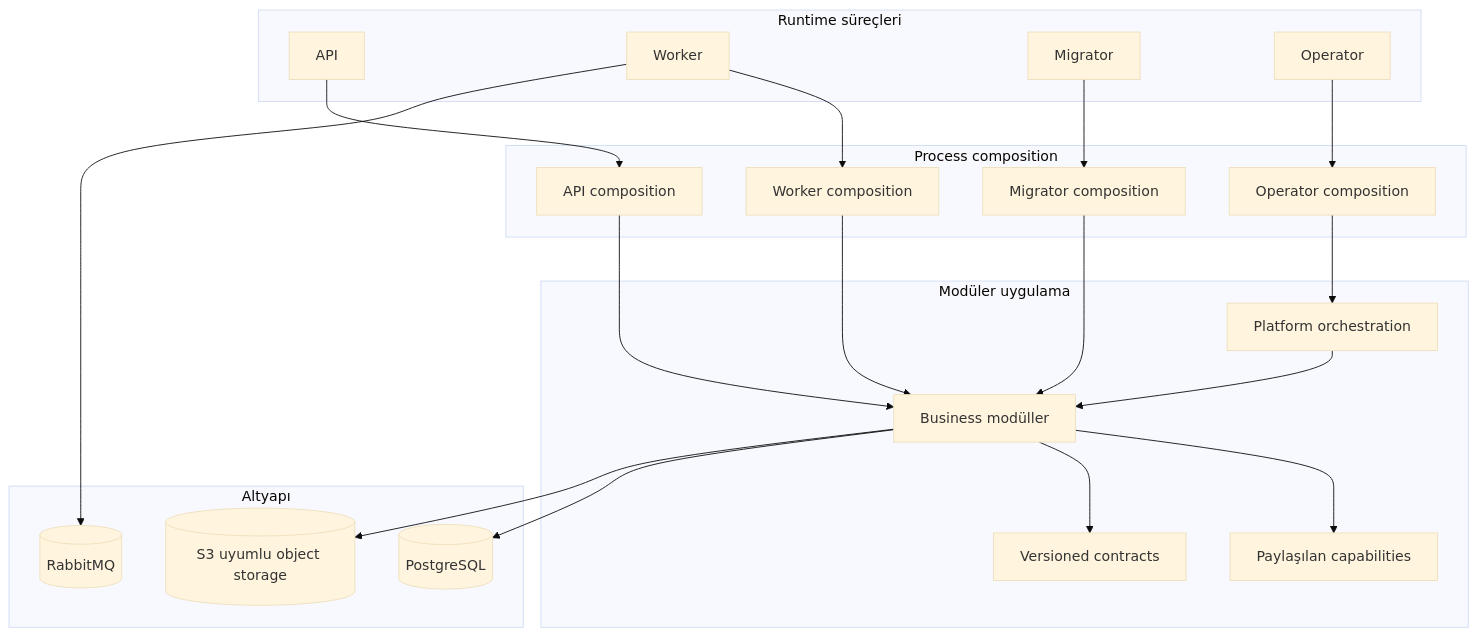
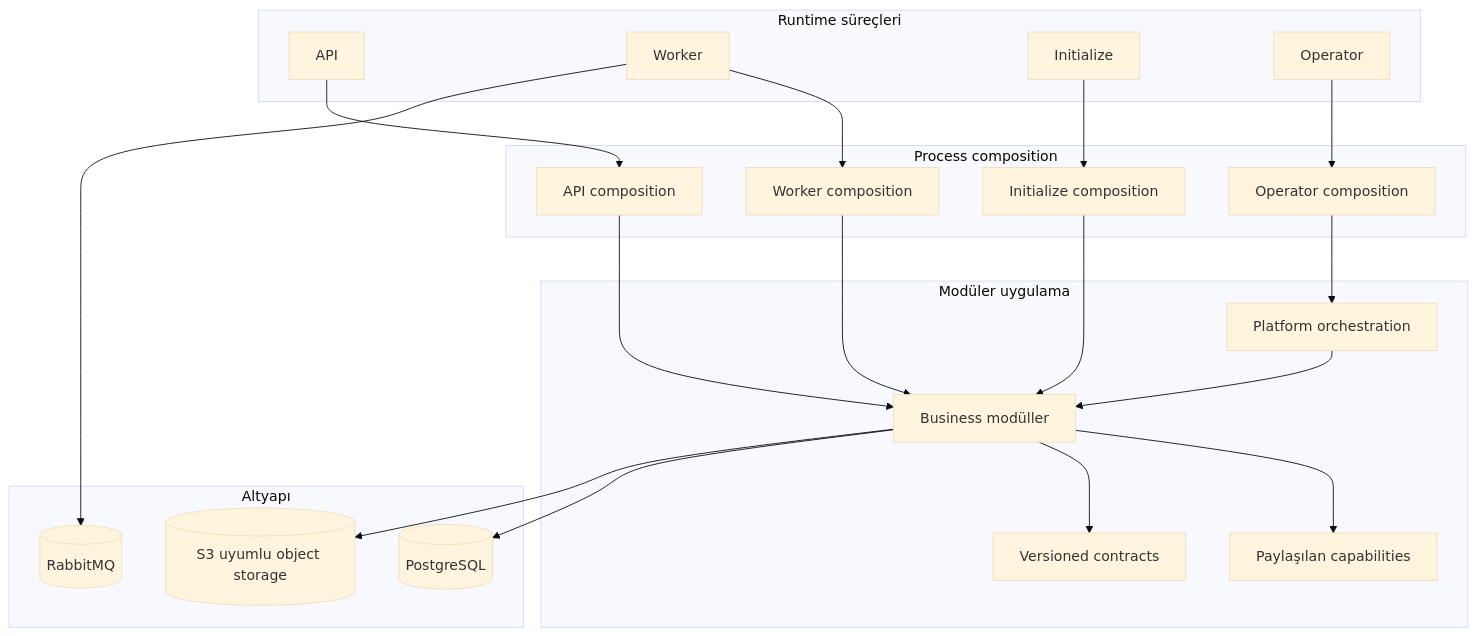
Before and after one commit to Onurlulardan/harpy: the diagram in README.md, drawn with Mermaid (base theme). The commit also changed other lines of this file and 69 other files, not shown here.

````diff
--- a/README.md
+++ b/README.md
@@ -119,40 +119,40 @@
 ```mermaid
 flowchart TB
   subgraph P["Runtime süreçleri"]
     API["API"]
     W["Worker"]
-    M["Migrator"]
+    M["Initialize"]
     O["Operator"]
   end
   subgraph C["Process composition"]
     AC["API composition"]
     WC["Worker composition"]
-    MC["Migrator composition"]
+    MC["Initialize composition"]
     OC["Operator composition"]
   end
   subgraph A["Modüler uygulama"]
     MOD["Business modüller"]
     CAP["Paylaşılan capabilities"]
     ORC["Platform orchestration"]
     CT["Versioned contracts"]
   end
   subgraph I["Altyapı"]
     PG[(PostgreSQL)]
     MQ[(RabbitMQ)]
     S3[(S3 uyumlu object storage)]
   end
   API --> AC
   W --> WC
   M --> MC
   O --> OC
   AC --> MOD
   WC --> MOD
   MC --> MOD
   OC --> ORC
   MOD --> CAP
   MOD --> CT
   ORC --> MOD
   MOD --> PG
   W --> MQ
   MOD --> S3
 ```
````
